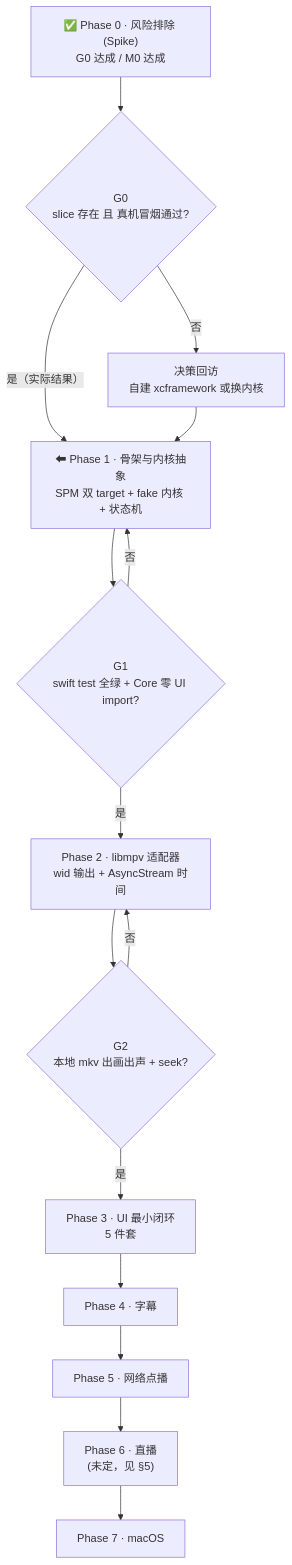
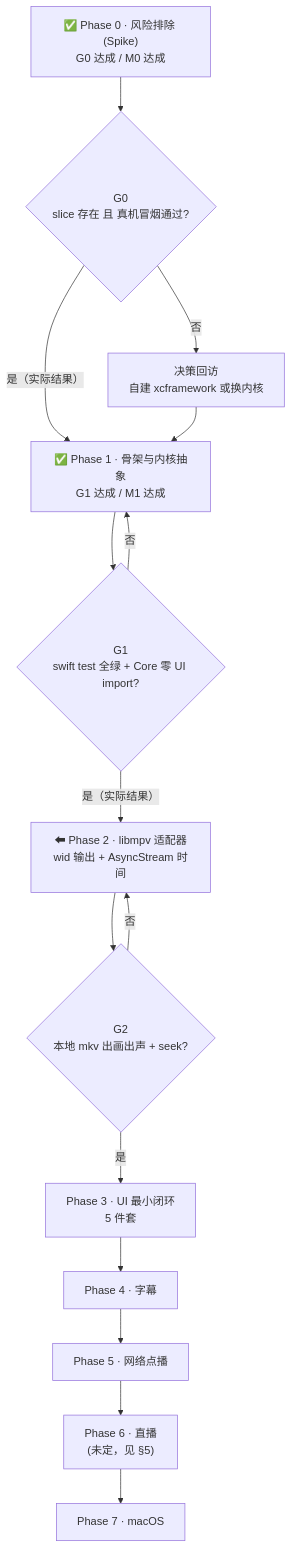
The diagram in docs/03-路线图.md (tangzzz-fan/playerlearning), drawn with Mermaid before and after one commit. The commit also changed other lines of this file and 17 other files, not shown here.

````diff
--- a/docs/03-路线图.md
+++ b/docs/03-路线图.md
@@ -11,17 +11,17 @@
 ```mermaid
 flowchart TD
     P0["✅ Phase 0 · 风险排除 (Spike)<br/>G0 达成 / M0 达成"] --> G0{"G0<br/>slice 存在 且 真机冒烟通过?"}
     G0 -- 是（实际结果） --> P1
     G0 -- 否 --> D0["决策回访<br/>自建 xcframework 或换内核"]
     D0 --> P1
-    P1["⬅ Phase 1 · 骨架与内核抽象<br/>SPM 双 target + fake 内核 + 状态机"] --> G1{"G1<br/>swift test 全绿 + Core 零 UI import?"}
+    P1["✅ Phase 1 · 骨架与内核抽象<br/>G1 达成 / M1 达成"] --> G1{"G1<br/>swift test 全绿 + Core 零 UI import?"}
+    G1 -- 是（实际结果） --> P2
     G1 -- 否 --> P1
-    G1 -- 是 --> P2["Phase 2 · libmpv 适配器<br/>wid 输出 + AsyncStream 时间"]
-    P2 --> G2{"G2<br/>本地 mkv 出画出声 + seek?"}
+    P2["⬅ Phase 2 · libmpv 适配器<br/>wid 输出 + AsyncStream 时间"] --> G2{"G2<br/>本地 mkv 出画出声 + seek?"}
     G2 -- 否 --> P2
     G2 -- 是 --> P3["Phase 3 · UI 最小闭环<br/>5 件套"]
     P3 --> P4["Phase 4 · 字幕"]
     P4 --> P5["Phase 5 · 网络点播"]
     P5 --> P6["Phase 6 · 直播<br/>(未定，见 §5)"]
     P6 --> P7["Phase 7 · macOS"]
 ```
````
